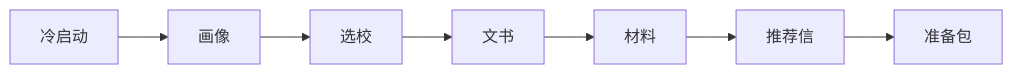
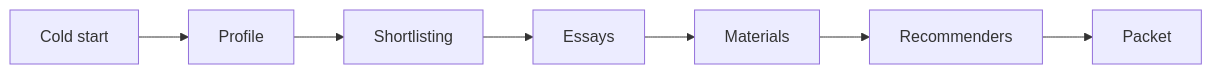
One commit to jiangxidong/apply-us-masters changed the diagram in README.md. Above: the diagram before and after it, drawn with Mermaid. The commit also changed other lines of this file and 2 other files, not shown here.

````diff
--- a/README.md
+++ b/README.md
@@ -15,9 +15,9 @@
 ```mermaid
 flowchart LR
-    A[冷启动] --> B[画像]
-    B --> C[选校]
-    C --> D[文书]
-    D --> E[材料]
-    E --> F[推荐信]
-    F --> G[准备包]
+    A[Cold start] --> B[Profile]
+    B --> C[Shortlisting]
+    C --> D[Essays]
+    D --> E[Materials]
+    E --> F[Recommenders]
+    F --> G[Packet]
 ```
````
